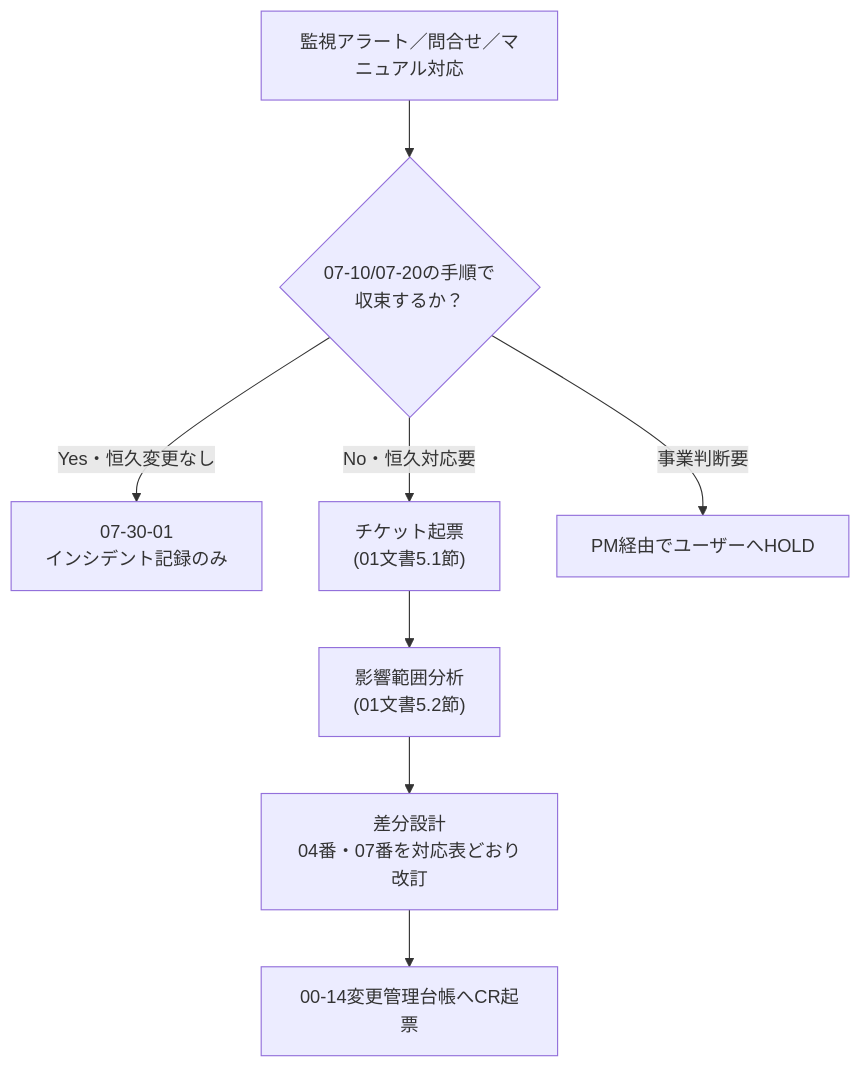
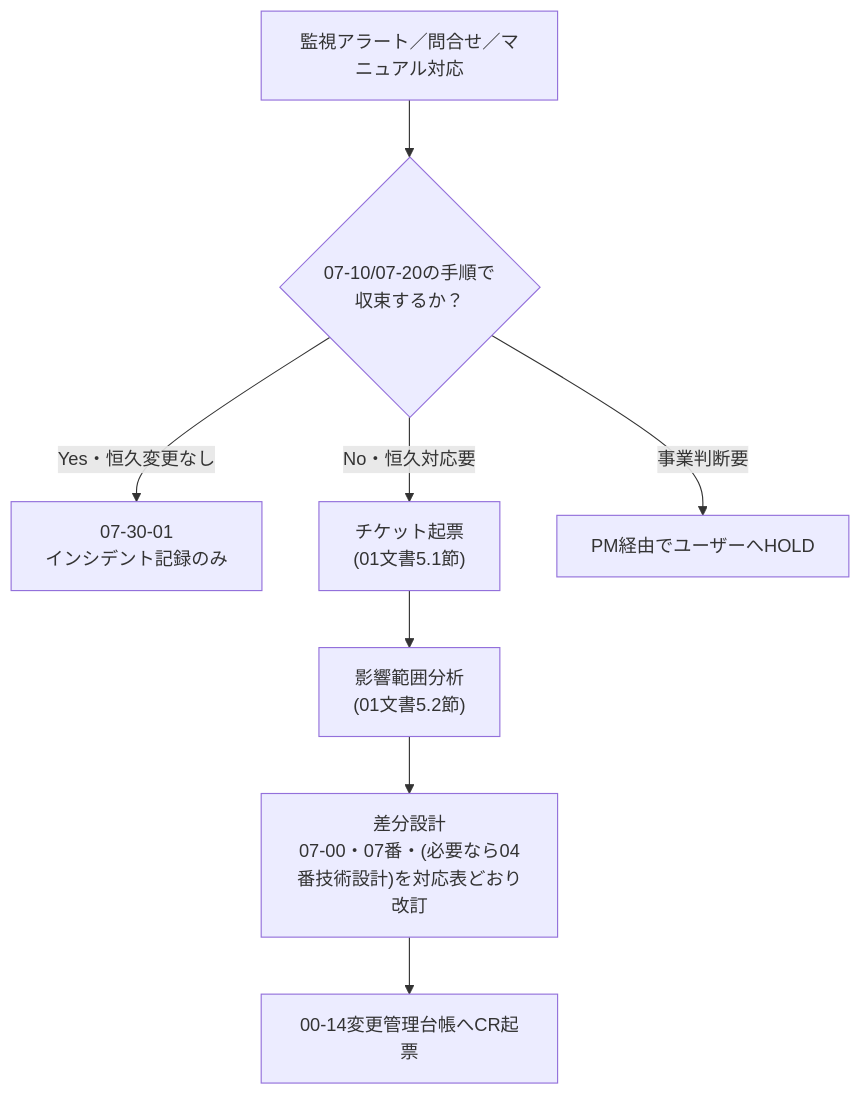
Before and after one commit to k-tanaka-522/aidev: the second of 2 diagrams in docs/v2/04_運用設計体系定義書.md, drawn with Mermaid. The commit also changed other lines of this file, not shown here.

````diff
--- a/docs/v2/04_運用設計体系定義書.md
+++ b/docs/v2/04_運用設計体系定義書.md
@@ -537,10 +568,10 @@
 ```mermaid
 flowchart TB
     ALERT["監視アラート／問合せ／マニュアル対応"] --> TRIAGE{"07-10/07-20の手順で<br/>収束するか？"}
     TRIAGE -->|Yes・恒久変更なし| REC["07-30-01<br/>インシデント記録のみ"]
     TRIAGE -->|No・恒久対応要| TICKET["チケット起票<br/>(01文書5.1節)"]
     TICKET --> IA["影響範囲分析<br/>(01文書5.2節)"]
-    IA --> DD["差分設計<br/>04番・07番を対応表どおり改訂"]
+    IA --> DD["差分設計<br/>07-00・07番・(必要なら04番技術設計)を対応表どおり改訂"]
     DD --> CR["00-14変更管理台帳へCR起票"]
     TRIAGE -->|事業判断要| HOLD["PM経由でユーザーへHOLD"]
 ```
````
